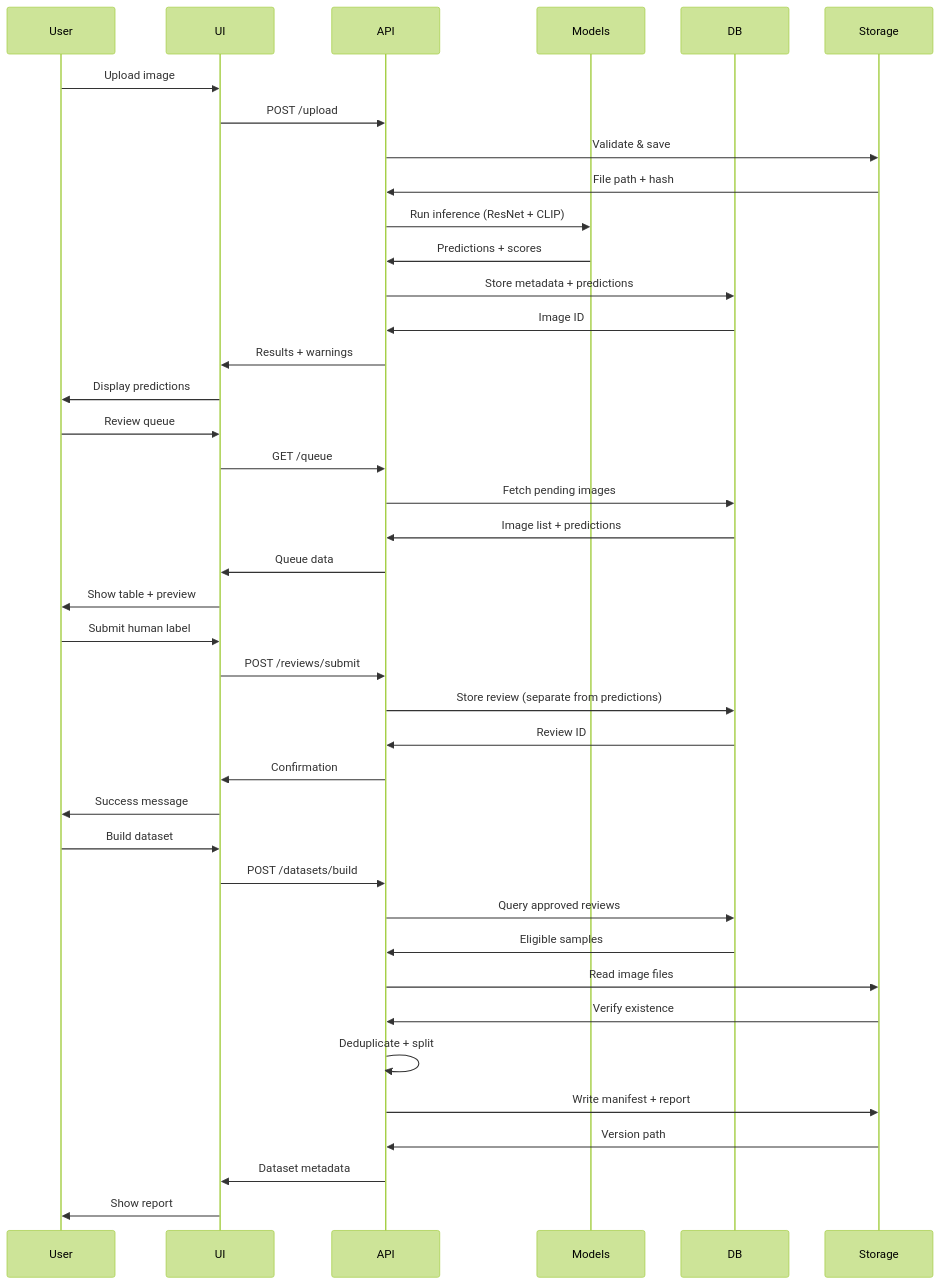
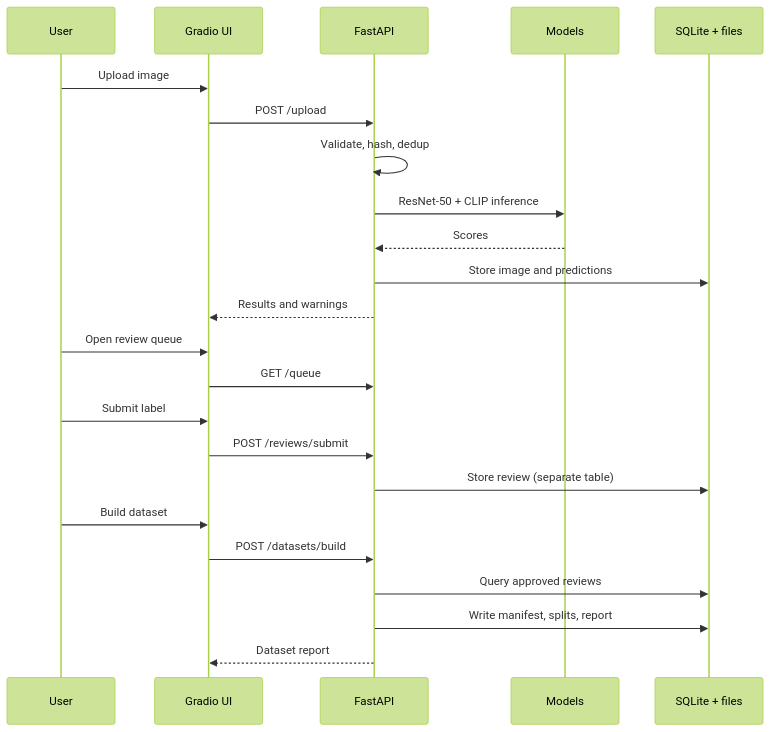
Before and after one commit to tusharchothe/SYNTHETIC-IMAGE-DETECTION: the first of 3 diagrams in README.md, drawn with Mermaid (forest theme). The commit also changed other lines of this file, not shown here.

````diff
--- a/README.md
+++ b/README.md
@@ -774,46 +269,28 @@
 ```mermaid
 sequenceDiagram
-    participant User
-    participant UI
-    participant API
-    participant Models
-    participant DB
-    participant Storage
+    participant U as User
+    participant UI as Gradio UI
+    participant API as FastAPI
+    participant M as Models
+    participant DB as SQLite + files
 
-    User->>UI: Upload image
+    U->>UI: Upload image
     UI->>API: POST /upload
-    API->>Storage: Validate & save
-    Storage->>API: File path + hash
-    API->>Models: Run inference (ResNet + CLIP)
-    Models->>API: Predictions + scores
-    API->>DB: Store metadata + predictions
-    DB->>API: Image ID
-    API->>UI: Results + warnings
-    UI->>User: Display predictions
+    API->>API: Validate, hash, dedup
+    API->>M: ResNet-50 + CLIP inference
+    M-->>API: Scores
+    API->>DB: Store image and predictions
+    API-->>UI: Results and warnings
 
-    User->>UI: Review queue
+    U->>UI: Open review queue
     UI->>API: GET /queue
-    API->>DB: Fetch pending images
-    DB->>API: Image list + predictions
-    API->>UI: Queue data
-    UI->>User: Show table + preview
+    U->>UI: Submit label
+    UI->>API: POST /reviews/submit
+    API->>DB: Store review (separate table)
 
-    User->>UI: Submit human label
-    UI->>API: POST /reviews/submit
-    API->>DB: Store review (separate from predictions)
-    DB->>API: Review ID
-    API->>UI: Confirmation
-    UI->>User: Success message
-
-    User->>UI: Build dataset
+    U->>UI: Build dataset
     UI->>API: POST /datasets/build
     API->>DB: Query approved reviews
-    DB->>API: Eligible samples
-    API->>Storage: Read image files
-    Storage->>API: Verify existence
-    API->>API: Deduplicate + split
-    API->>Storage: Write manifest + report
-    Storage->>API: Version path
-    API->>UI: Dataset metadata
-    UI->>User: Show report
+    API->>DB: Write manifest, splits, report
+    API-->>UI: Dataset report
 ```
````
